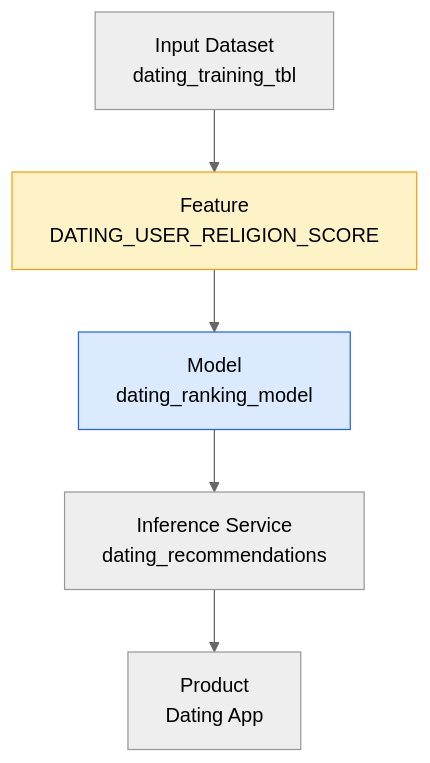
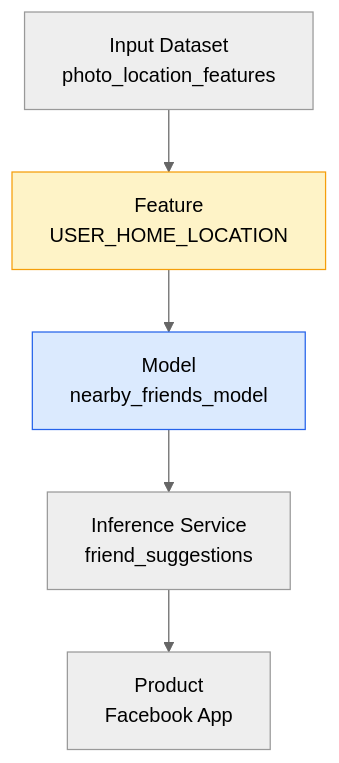
The second of 3 diagrams in _topics/meta-data-lineage-part-2-solution.md (rilov/handbook), drawn with Mermaid (neutral theme) before and after one commit. The commit also changed other lines of this file and 1 other file, not shown here.

```diff
--- a/_topics/meta-data-lineage-part-2-solution.md
+++ b/_topics/meta-data-lineage-part-2-solution.md
@@ -577,16 +578,16 @@
 <div class="mermaid">
 flowchart TD
-    DATA["Input Dataset<br/>dating_training_tbl"]
-    FEATURE["Feature<br/>DATING_USER_RELIGION_SCORE"]
-    MODEL["Model<br/>dating_ranking_model"]
-    INFERENCE["Inference Service<br/>dating_recommendations"]
-    PRODUCT["Product<br/>Dating App"]
+    DATA["Input Dataset<br/>photo_location_features"]
+    FEATURE["Feature<br/>USER_HOME_LOCATION"]
+    MODEL["Model<br/>nearby_friends_model"]
+    INFERENCE["Inference Service<br/>friend_suggestions"]
+    PRODUCT["Product<br/>Facebook App"]
     
     DATA --> FEATURE
     FEATURE --> MODEL
     MODEL --> INFERENCE
     INFERENCE --> PRODUCT
     
     style FEATURE fill:#fef3c7,stroke:#f59e0b
     style MODEL fill:#dbeafe,stroke:#2563eb
 </div>
```
